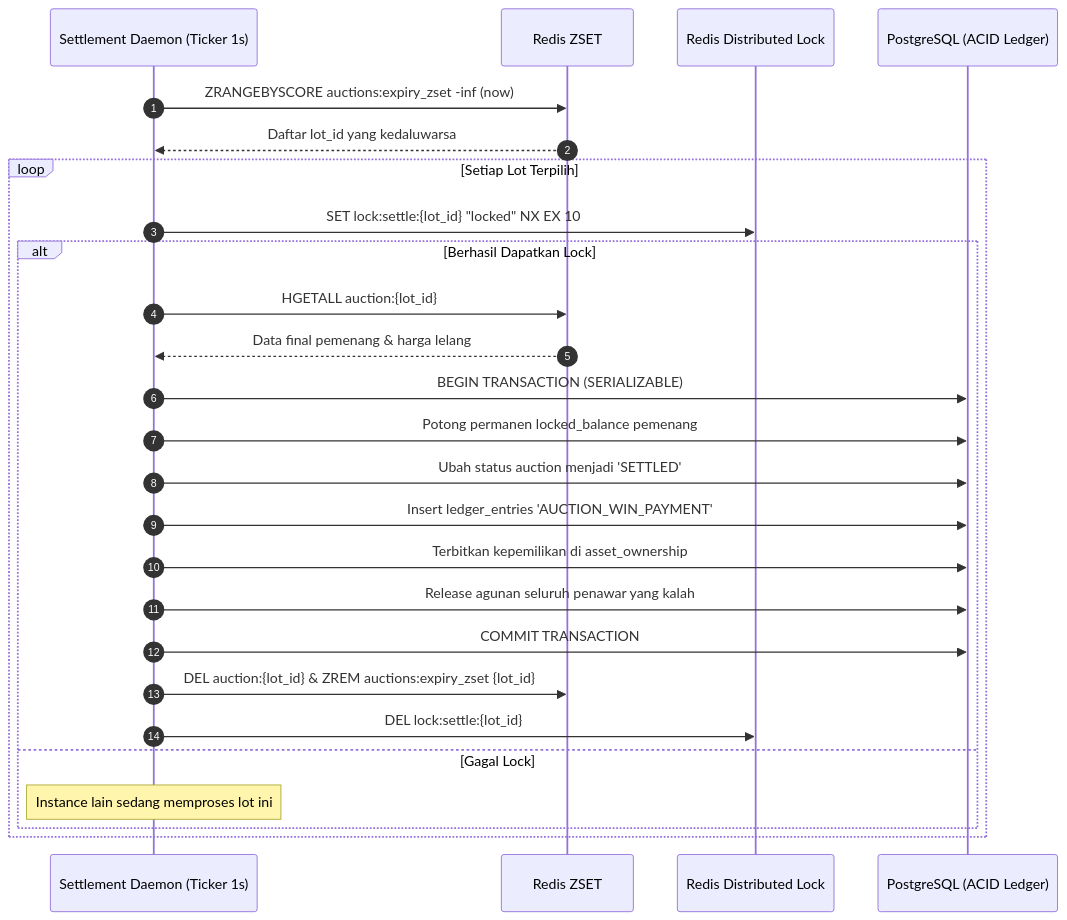
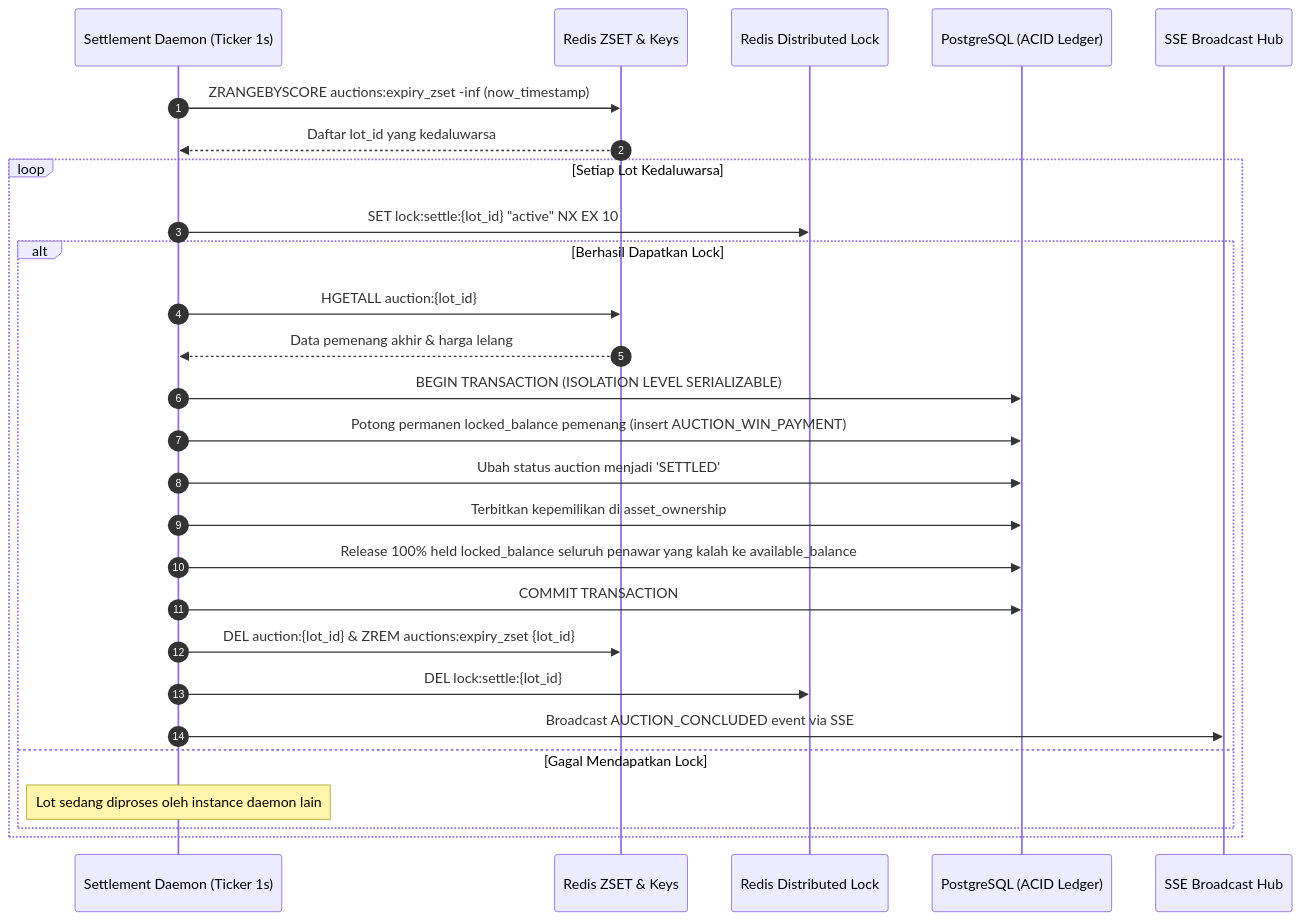
One commit to daniesalim304/SALT-HACKATON-2026 changed the third of 5 diagrams in 02_Projects/real-time-auction-engine/04_Design/lld-low-level-design.md. Above: the diagram before and after it, drawn with Mermaid. The commit also changed other lines of this file and 145 other files, not shown here.

````diff
--- a/02_Projects/real-time-auction-engine/04_Design/lld-low-level-design.md
+++ b/02_Projects/real-time-auction-engine/04_Design/lld-low-level-design.md
@@ -175,29 +325,30 @@
 ```mermaid
 sequenceDiagram
     autonumber
     participant Daemon as Settlement Daemon (Ticker 1s)
-    participant Redis as Redis ZSET
+    participant Redis as Redis ZSET & Keys
     participant Lock as Redis Distributed Lock
     participant DB as PostgreSQL (ACID Ledger)
+    participant SSE as SSE Broadcast Hub
 
-    Daemon->>Redis: ZRANGEBYSCORE auctions:expiry_zset -inf (now)
+    Daemon->>Redis: ZRANGEBYSCORE auctions:expiry_zset -inf (now_timestamp)
     Redis-->>Daemon: Daftar lot_id yang kedaluwarsa
-    loop Setiap Lot Terpilih
-        Daemon->>Lock: SET lock:settle:{lot_id} "locked" NX EX 10
+    loop Setiap Lot Kedaluwarsa
+        Daemon->>Lock: SET lock:settle:{lot_id} "active" NX EX 10
         alt Berhasil Dapatkan Lock
             Daemon->>Redis: HGETALL auction:{lot_id}
-            Redis-->>Daemon: Data final pemenang & harga lelang
-            Daemon->>DB: BEGIN TRANSACTION (SERIALIZABLE)
-            Daemon->>DB: Potong permanen locked_balance pemenang
+            Redis-->>Daemon: Data pemenang akhir & harga lelang
+            Daemon->>DB: BEGIN TRANSACTION (ISOLATION LEVEL SERIALIZABLE)
+            Daemon->>DB: Potong permanen locked_balance pemenang (insert AUCTION_WIN_PAYMENT)
             Daemon->>DB: Ubah status auction menjadi 'SETTLED'
-            Daemon->>DB: Insert ledger_entries 'AUCTION_WIN_PAYMENT'
             Daemon->>DB: Terbitkan kepemilikan di asset_ownership
-            Daemon->>DB: Release agunan seluruh penawar yang kalah
+            Daemon->>DB: Release 100% held locked_balance seluruh penawar yang kalah ke available_balance
             Daemon->>DB: COMMIT TRANSACTION
             Daemon->>Redis: DEL auction:{lot_id} & ZREM auctions:expiry_zset {lot_id}
             Daemon->>Lock: DEL lock:settle:{lot_id}
-        else Gagal Lock
-            Note over Daemon: Instance lain sedang memproses lot ini
+            Daemon->>SSE: Broadcast AUCTION_CONCLUDED event via SSE
+        else Gagal Mendapatkan Lock
+            Note over Daemon: Lot sedang diproses oleh instance daemon lain
         end
     end
 ```
````
